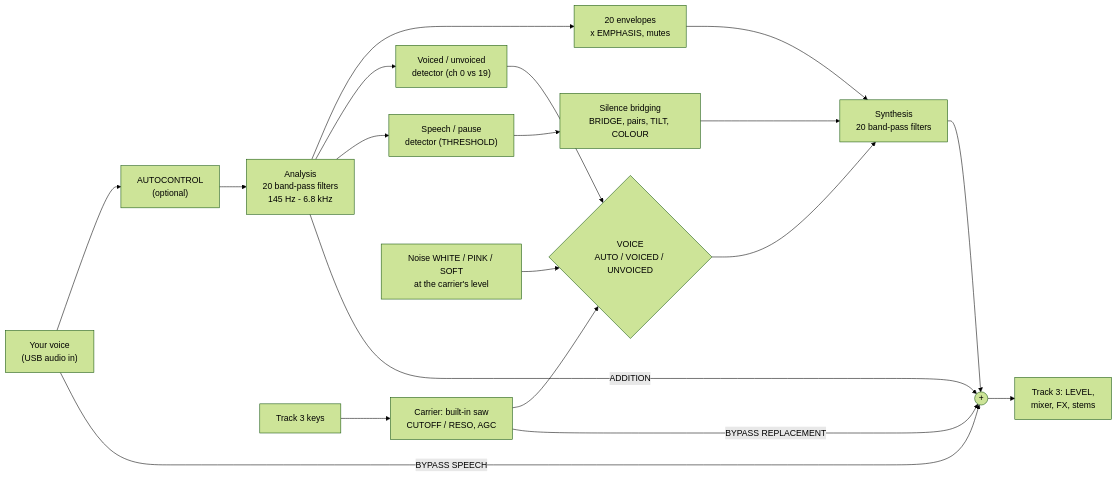
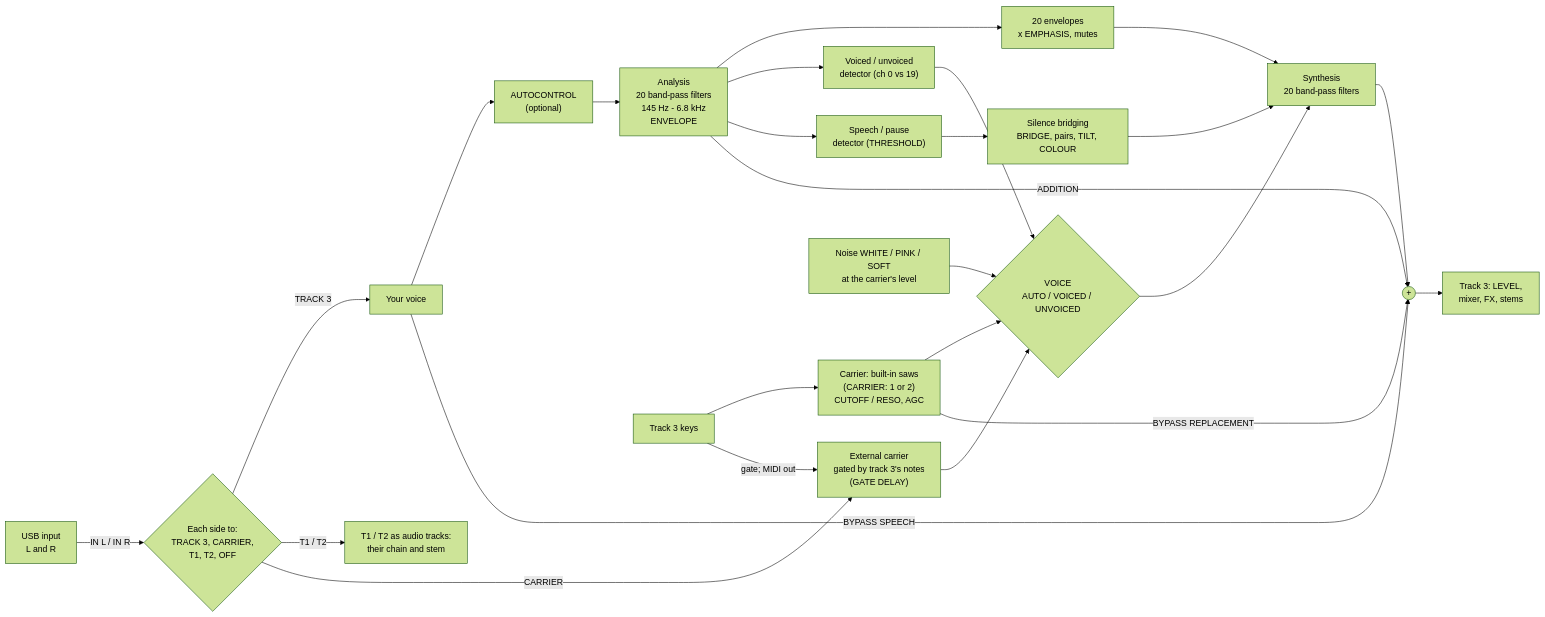
The third of 4 diagrams in VOCODER.md (MiloMeowzers/sloop-smk37), drawn with Mermaid (forest theme) before and after one commit. The commit also changed other lines of this file and 4 other files, not shown here.

````diff
--- a/VOCODER.md
+++ b/VOCODER.md
@@ -38,18 +172,24 @@
 ```mermaid
 flowchart LR
-  MIC["Your voice<br/>(USB audio in)"] --> AC["AUTOCONTROL<br/>(optional)"] --> AN["Analysis<br/>20 band-pass filters<br/>145 Hz - 6.8 kHz"]
+  IN["USB input<br/>L and R"] -->|"IN L / IN R"| RT{"Each side to:<br/>TRACK 3, CARRIER,<br/>T1, T2, OFF"}
+  RT -->|TRACK 3| MIC["Your voice"]
+  RT -->|"T1 / T2"| TA["T1 / T2 as audio tracks:<br/>their chain and stem"]
+  MIC --> AC["AUTOCONTROL<br/>(optional)"] --> AN["Analysis<br/>20 band-pass filters<br/>145 Hz - 6.8 kHz<br/>ENVELOPE"]
   AN --> ENV["20 envelopes<br/>x EMPHASIS, mutes"]
   AN --> VD["Voiced / unvoiced<br/>detector (ch 0 vs 19)"]
   AN --> PD["Speech / pause<br/>detector (THRESHOLD)"]
-  KEYS["Track 3 keys"] --> SAW["Carrier: built-in saw<br/>CUTOFF / RESO, AGC"]
+  KEYS["Track 3 keys"] --> SAW["Carrier: built-in saws<br/>(CARRIER: 1 or 2)<br/>CUTOFF / RESO, AGC"]
+  RT -->|CARRIER| EXT["External carrier<br/>gated by track 3's notes<br/>(GATE DELAY)"]
+  KEYS -->|"gate; MIDI out"| EXT
   SAW --> SW{"VOICE<br/>AUTO / VOICED / UNVOICED"}
+  EXT --> SW
   NZ["Noise WHITE / PINK / SOFT<br/>at the carrier's level"] --> SW
   VD --> SW
   SW --> SY["Synthesis<br/>20 band-pass filters"]
   ENV --> SY
   PD --> BR["Silence bridging<br/>BRIDGE, pairs, TILT, COLOUR"] --> SY
   SY --> SUM(("+")) --> OUT["Track 3: LEVEL,<br/>mixer, FX, stems"]
   AN -->|"ADDITION"| SUM
   MIC -->|"BYPASS SPEECH"| SUM
   SAW -->|"BYPASS REPLACEMENT"| SUM
 ```
````
